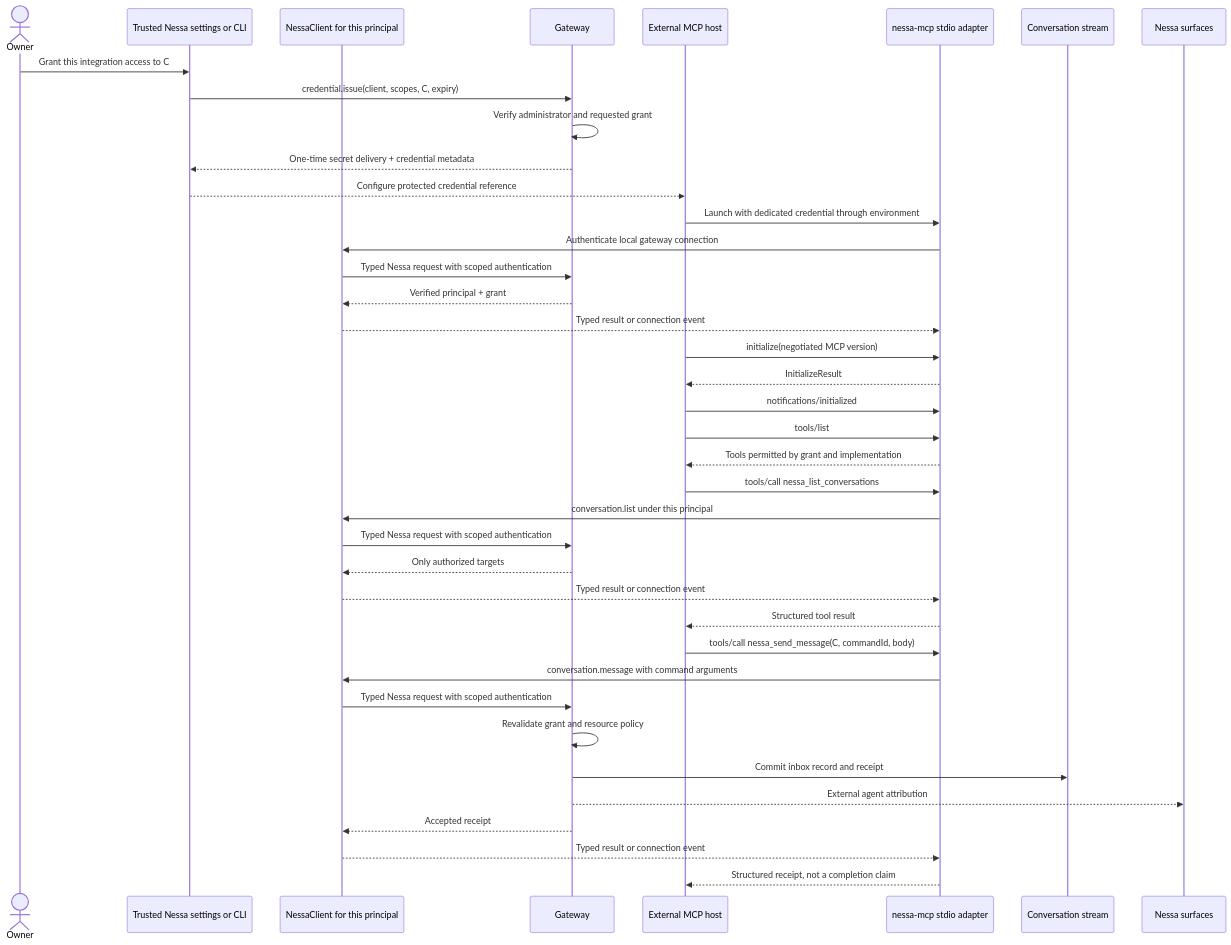
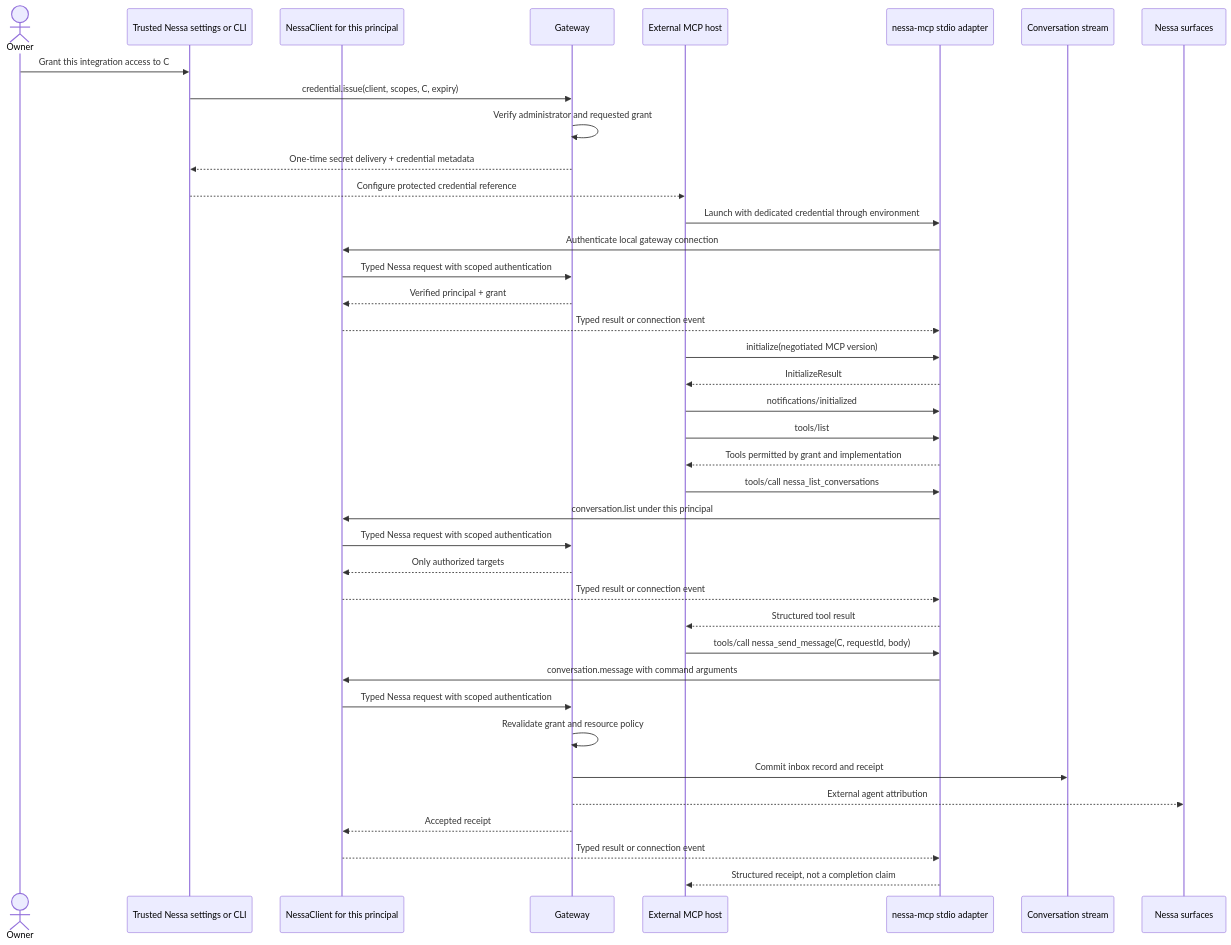
One commit to nessalabs/nessa-agent changed the fourth of 6 diagrams in docs/design/collaboration-sequences-and-mcp.md. Above: the diagram before and after it, drawn with Mermaid. The commit also changed other lines of this file and 6 other files, not shown here.

````diff
--- a/docs/design/collaboration-sequences-and-mcp.md
+++ b/docs/design/collaboration-sequences-and-mcp.md
@@ -182,41 +182,41 @@
 ```mermaid
 sequenceDiagram
     actor Owner
     participant Admin as Trusted Nessa settings or CLI
     participant SDK as NessaClient for this principal
     participant G as Gateway
     participant Host as External MCP host
     participant M as nessa-mcp stdio adapter
     participant S as Conversation stream
     participant UI as Nessa surfaces
     Owner->>Admin: Grant this integration access to C
     Admin->>G: credential.issue(client, scopes, C, expiry)
     G->>G: Verify administrator and requested grant
     G-->>Admin: One-time secret delivery + credential metadata
     Admin-->>Host: Configure protected credential reference
     Host->>M: Launch with dedicated credential through environment
     M->>SDK: Authenticate local gateway connection
     SDK->>G: Typed Nessa request with scoped authentication
     G-->>SDK: Verified principal + grant
     SDK-->>M: Typed result or connection event
     Host->>M: initialize(negotiated MCP version)
     M-->>Host: InitializeResult
     Host->>M: notifications/initialized
     Host->>M: tools/list
     M-->>Host: Tools permitted by grant and implementation
     Host->>M: tools/call nessa_list_conversations
     M->>SDK: conversation.list under this principal
     SDK->>G: Typed Nessa request with scoped authentication
     G-->>SDK: Only authorized targets
     SDK-->>M: Typed result or connection event
     M-->>Host: Structured tool result
-    Host->>M: tools/call nessa_send_message(C, commandId, body)
+    Host->>M: tools/call nessa_send_message(C, requestId, body)
     M->>SDK: conversation.message with command arguments
     SDK->>G: Typed Nessa request with scoped authentication
     G->>G: Revalidate grant and resource policy
     G->>S: Commit inbox record and receipt
     G-->>UI: External agent attribution
     G-->>SDK: Accepted receipt
     SDK-->>M: Typed result or connection event
     M-->>Host: Structured receipt, not a completion claim
 ```
````
